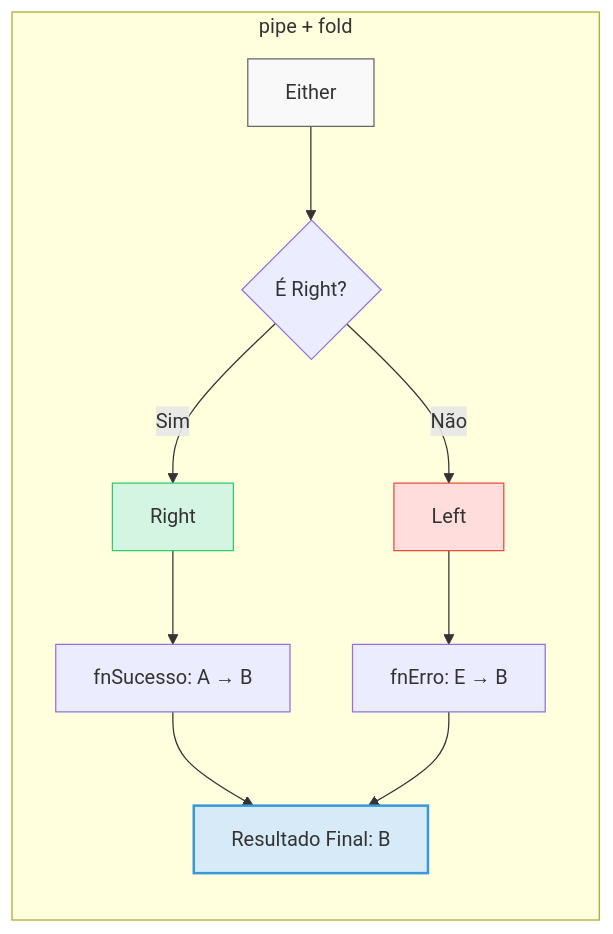
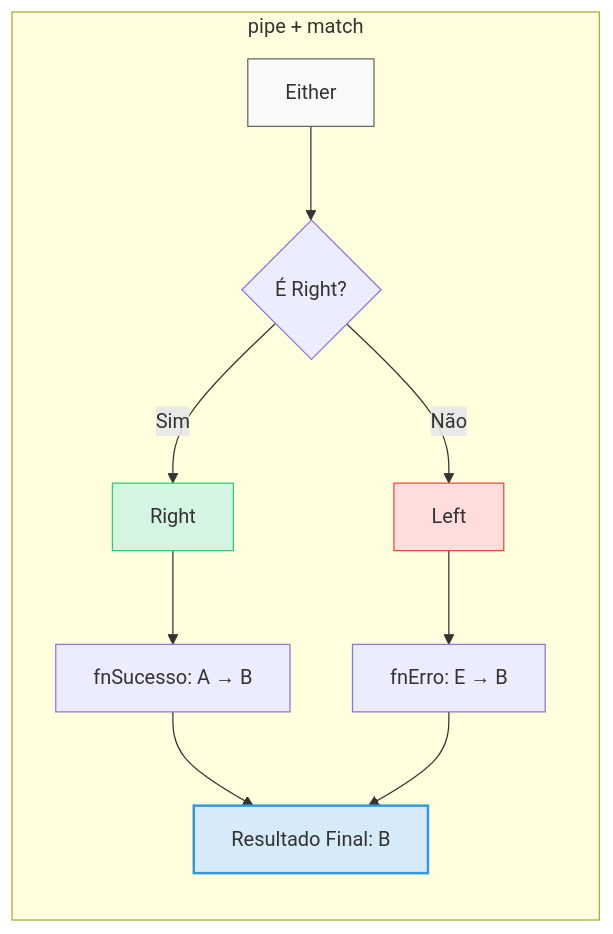
One commit to scovl/scovl.github.io changed the third of 5 diagrams in blog/content/post/tserr.md. Above: the diagram before and after it, drawn with Mermaid. The commit also changed other lines of this file, not shown here.

````diff
--- a/blog/content/post/tserr.md
+++ b/blog/content/post/tserr.md
@@ -307,25 +311,25 @@
 ```mermaid
 graph LR
     A[Either<E, A>] --> B{É Right?}
     B -->|Sim| C[Right<A>]
     B -->|Não| D[Left<E>]
     C --> E[fnSucesso: A → B]
     D --> F[fnErro: E → B]
     E --> G[Resultado Final: B]
     F --> G
 
-    subgraph "pipe + fold"
+    subgraph "pipe + match"
     A
     B
     C
     D
     E
     F
     G
     end
 
     style A fill:#f9f9f9,stroke:#666
     style C fill:#d5f5e3,stroke:#2ecc71
     style D fill:#ffdddd,stroke:#e74c3c
     style G fill:#d6eaf8,stroke:#3498db,stroke-width:2px
 ```
````
